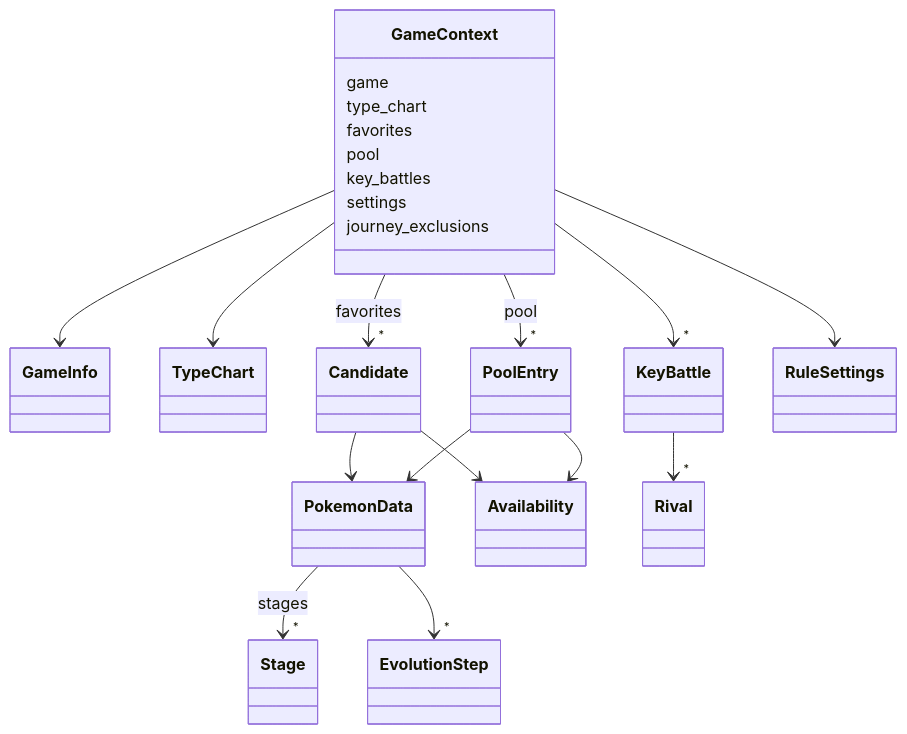
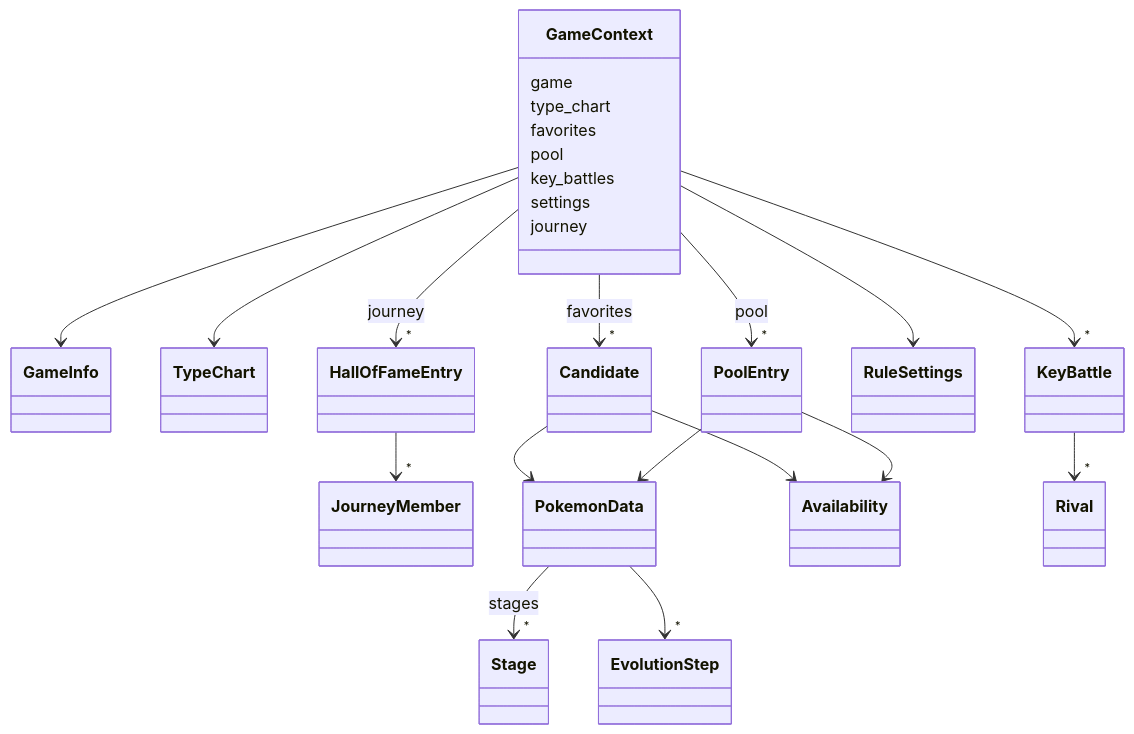
Before and after one commit to AlbertoMercado/pokemon-team-builder: the diagram in docs/02-ddt/motor.md, drawn with Mermaid. The commit also changed other lines of this file and 16 other files, not shown here.

````diff
--- a/docs/02-ddt/motor.md
+++ b/docs/02-ddt/motor.md
@@ -23,25 +23,27 @@
 ```mermaid
 classDiagram
     class GameContext {
         game
         type_chart
         favorites
         pool
         key_battles
         settings
-        journey_exclusions
+        journey
     }
     GameContext --> GameInfo
     GameContext --> TypeChart
     GameContext --> "*" Candidate : favorites
     GameContext --> "*" PoolEntry : pool
     GameContext --> "*" KeyBattle
     GameContext --> RuleSettings
+    GameContext --> "*" HallOfFameEntry : journey
+    HallOfFameEntry --> "*" JourneyMember
     Candidate --> PokemonData
     Candidate --> Availability
     PoolEntry --> PokemonData
     PoolEntry --> Availability
     PokemonData --> "*" Stage : stages
     PokemonData --> "*" EvolutionStep
     KeyBattle --> "*" Rival
 ```
````
